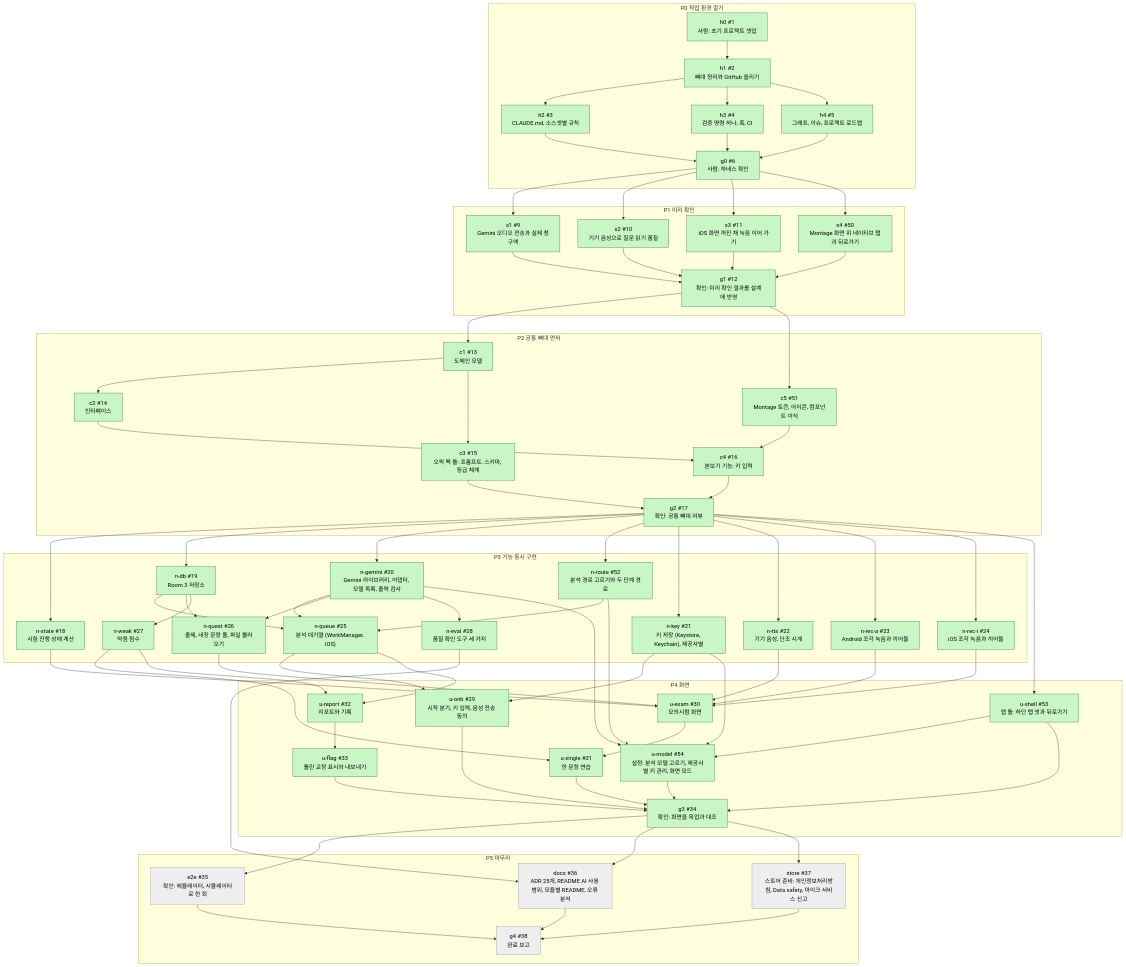
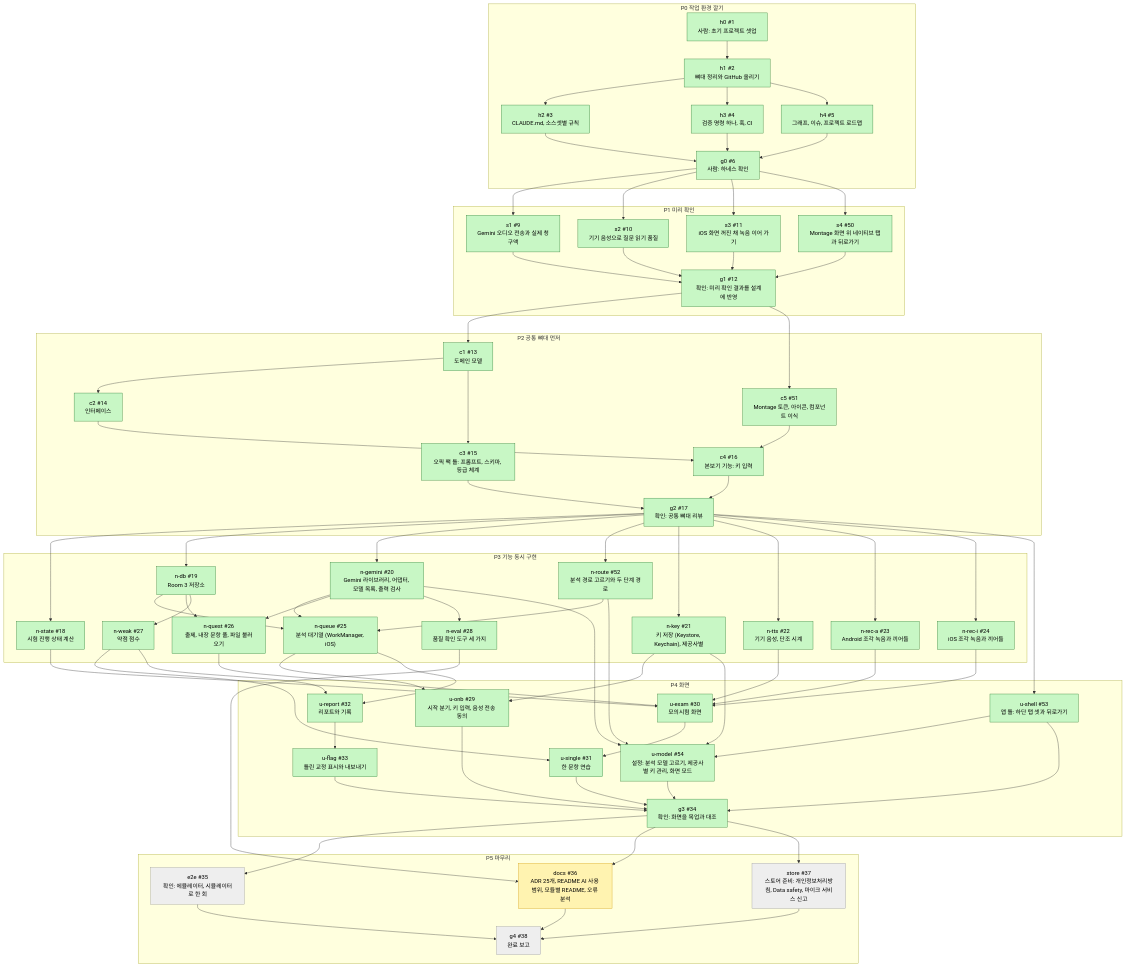
Before and after one commit to nosorae/AiOpicSelfStudy: the first of 2 diagrams in docs/graph/dev-graph.md, drawn with Mermaid. The commit also changed other lines of this file and 35 other files, not shown here.

```diff
--- a/docs/graph/dev-graph.md
+++ b/docs/graph/dev-graph.md
@@ -127,8 +127,9 @@
   docs --> g4
   store --> g4
   classDef todo fill:#eeeeee,stroke:#999999,color:#000
-  class e2e,docs,store,g4 todo
+  class e2e,store,g4 todo
   classDef doing fill:#fff3b0,stroke:#d4a017,color:#000
+  class docs doing
   classDef done fill:#c8f7c5,stroke:#2e7d32,color:#000
   class h0,h1,h2,h3,h4,g0,s1,s2,s3,s4,g1,c1,c2,c3,c5,c4,g2,n_state,n_db,n_gemini,n_route,n_key,n_tts,n_rec_a,n_rec_i,n_queue,n_quest,n_weak,n_eval,u_onb,u_shell,u_exam,u_single,u_report,u_flag,u_model,g3 done
   classDef blocked fill:#ffcdd2,stroke:#c62828,color:#000
```
